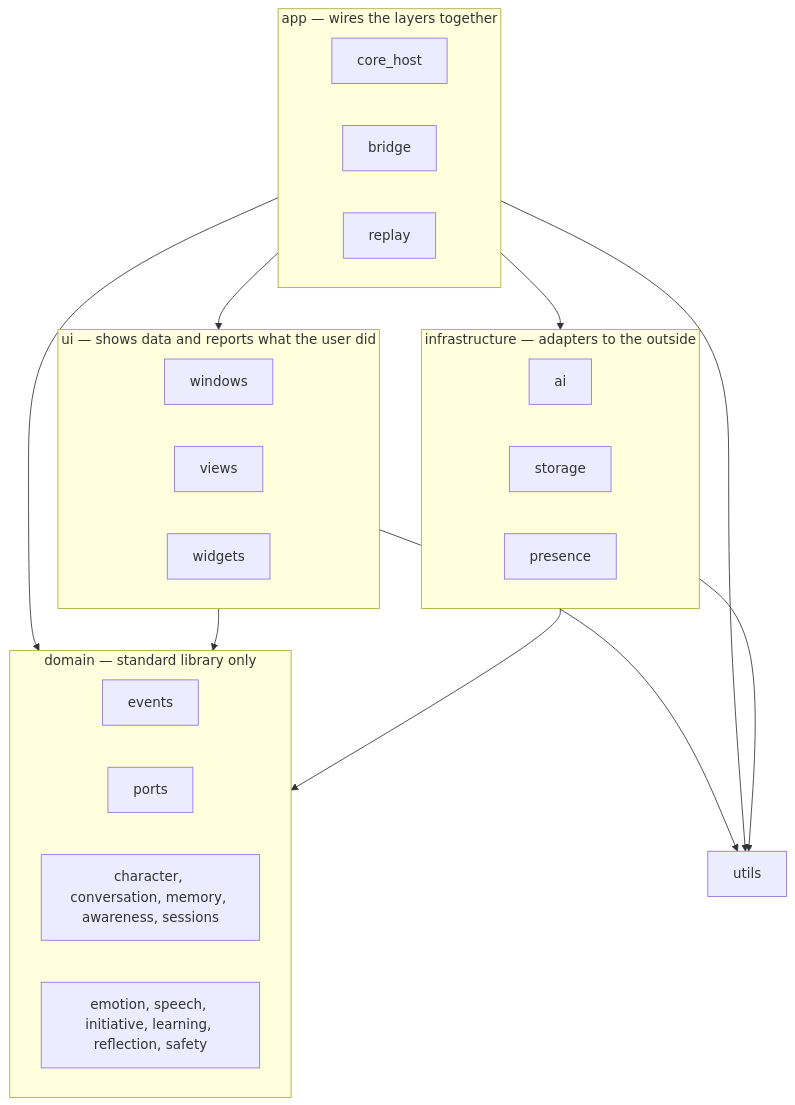
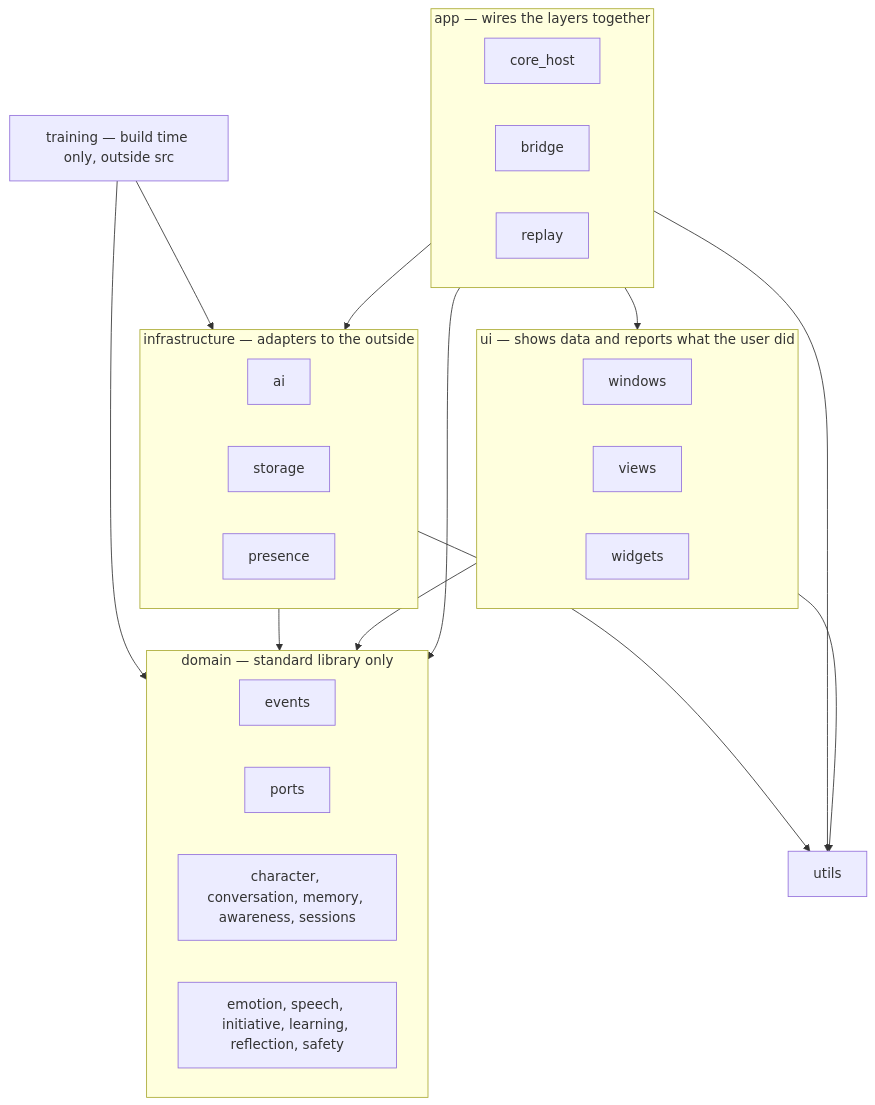
One commit to NguyenVu04/cognia changed the first of 43 diagrams in docs/architecture/ARCHITECTURE.md. Above: the diagram before and after it, drawn with Mermaid. The commit also changed other lines of this file and 3 other files, not shown here.

````diff
--- a/docs/architecture/ARCHITECTURE.md
+++ b/docs/architecture/ARCHITECTURE.md
@@ -284,38 +291,41 @@
 ```mermaid
 flowchart TB
     subgraph ui["ui — shows data and reports what the user did"]
         windows["windows"]
         views["views"]
         widgets["widgets"]
     end
 
     subgraph app["app — wires the layers together"]
         core_host["core_host"]
         bridge["bridge"]
         replay["replay"]
     end
 
     subgraph domain["domain — standard library only"]
         events["events"]
         ports["ports"]
         features["character, conversation, memory, awareness, sessions"]
         behaviour["emotion, speech, initiative, learning, reflection, safety"]
     end
 
     subgraph infrastructure["infrastructure — adapters to the outside"]
         ai["ai"]
         storage["storage"]
         presence["presence"]
     end
 
     utils["utils"]
+    training["training — build time only, outside src"]
 
     app --> ui
     app --> domain
     app --> infrastructure
     ui --> domain
     infrastructure --> domain
     ui --> utils
     app --> utils
     infrastructure --> utils
+    training --> domain
+    training --> infrastructure
 ```
````
